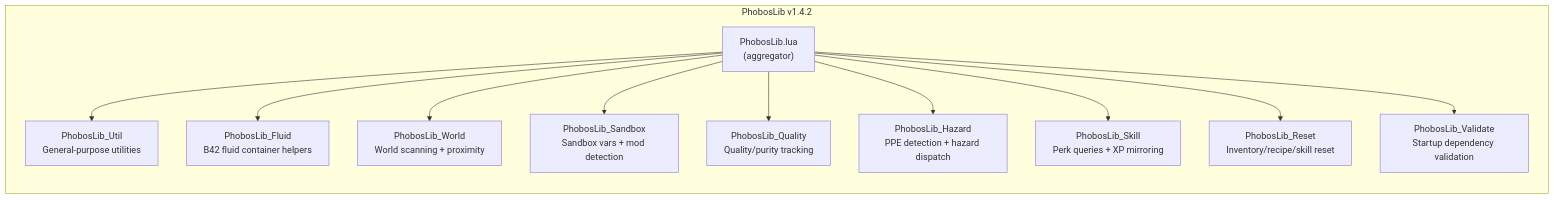
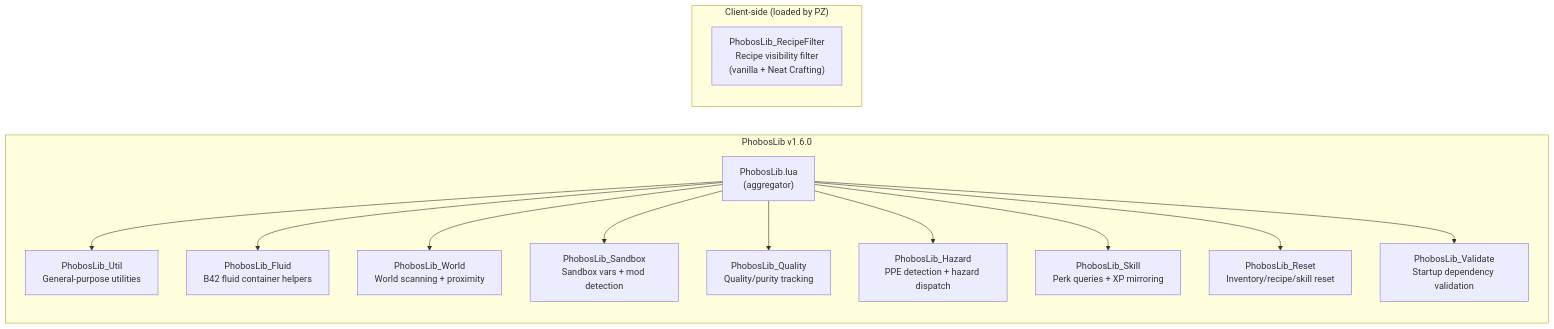
One commit to phobos-dthorga/mod-pz-phobos-lib changed the diagram in docs/diagrams/module-overview.md. Above: the diagram before and after it, drawn with Mermaid. The commit also changed other lines of this file and 4 other files, not shown here.

First line of the commit message:
docs: update README, diagrams, and API reference for v1.6.0

````diff
--- a/docs/diagrams/module-overview.md
+++ b/docs/diagrams/module-overview.md
@@ -7,26 +7,30 @@
 ```mermaid
 graph LR
-    subgraph LIB["PhobosLib v1.4.2"]
+    subgraph LIB["PhobosLib v1.6.0"]
         INIT["PhobosLib.lua<br/>(aggregator)"]
 
         UTIL["PhobosLib_Util<br/>General-purpose utilities"]
         FLUID["PhobosLib_Fluid<br/>B42 fluid container helpers"]
         WORLD["PhobosLib_World<br/>World scanning + proximity"]
         SANDBOX["PhobosLib_Sandbox<br/>Sandbox vars + mod detection"]
         QUALITY["PhobosLib_Quality<br/>Quality/purity tracking"]
         HAZARD["PhobosLib_Hazard<br/>PPE detection + hazard dispatch"]
         SKILL["PhobosLib_Skill<br/>Perk queries + XP mirroring"]
         RESET["PhobosLib_Reset<br/>Inventory/recipe/skill reset"]
         VALIDATE["PhobosLib_Validate<br/>Startup dependency validation"]
     end
 
+    subgraph CLIENT["Client-side (loaded by PZ)"]
+        RF["PhobosLib_RecipeFilter<br/>Recipe visibility filter<br/>(vanilla + Neat Crafting)"]
+    end
+
     INIT --> UTIL
     INIT --> FLUID
     INIT --> WORLD
     INIT --> SANDBOX
     INIT --> QUALITY
     INIT --> HAZARD
     INIT --> SKILL
     INIT --> RESET
     INIT --> VALIDATE
 ```
````
